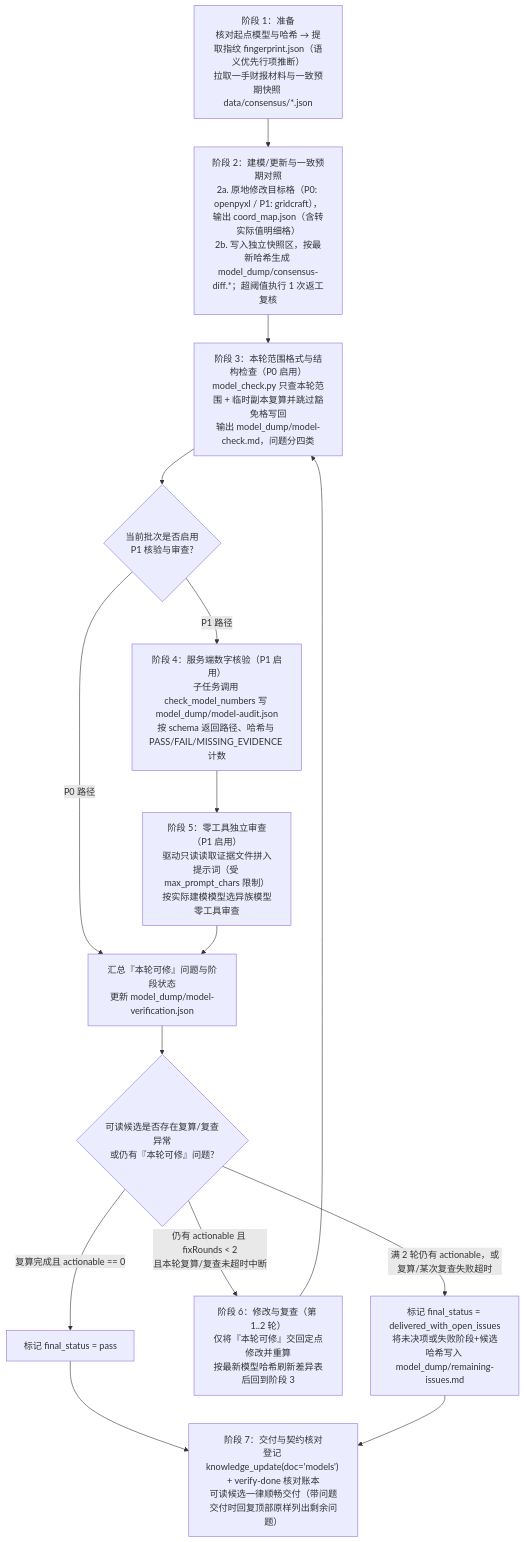
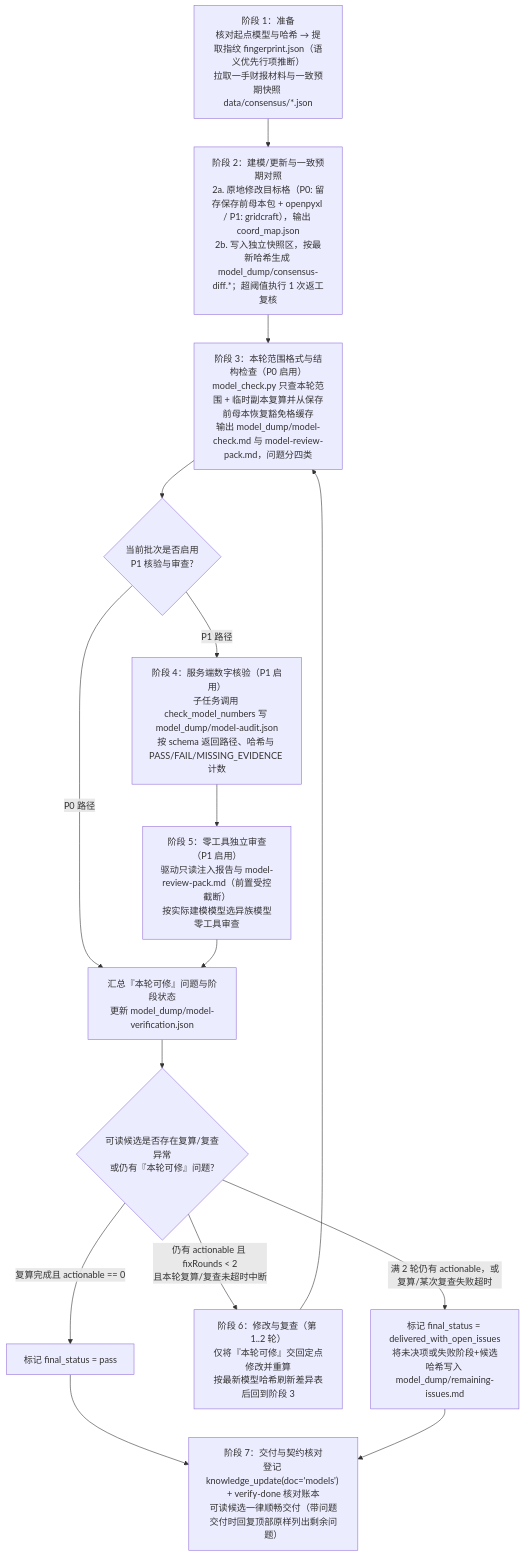
Before and after one commit to everflowinv/dalton-langalpha: the diagram in docs/dalton/features/modeling-v2.md, drawn with Mermaid. The commit also changed other lines of this file, not shown here.

````diff
--- a/docs/dalton/features/modeling-v2.md
+++ b/docs/dalton/features/modeling-v2.md
@@ -114,17 +114,17 @@
 ```mermaid
 flowchart TD
-    S1["阶段 1：准备<br/>核对起点模型与哈希 → 提取指纹 fingerprint.json（语义优先行项推断）<br/>拉取一手财报材料与一致预期快照 data/consensus/*.json"] --> S2["阶段 2：建模/更新与一致预期对照<br/>2a. 原地修改目标格（P0: openpyxl / P1: gridcraft），输出 coord_map.json（含转实际值明细格）<br/>2b. 写入独立快照区，按最新哈希生成 model_dump/consensus-diff.*；超阈值执行 1 次返工复核"]
-    S2 --> S3["阶段 3：本轮范围格式与结构检查（P0 启用）<br/>model_check.py 只查本轮范围 + 临时副本复算并跳过豁免格写回<br/>输出 model_dump/model-check.md，问题分四类"]
+    S1["阶段 1：准备<br/>核对起点模型与哈希 → 提取指纹 fingerprint.json（语义优先行项推断）<br/>拉取一手财报材料与一致预期快照 data/consensus/*.json"] --> S2["阶段 2：建模/更新与一致预期对照<br/>2a. 原地修改目标格（P0: 留存保存前母本包 + openpyxl / P1: gridcraft），输出 coord_map.json<br/>2b. 写入独立快照区，按最新哈希生成 model_dump/consensus-diff.*；超阈值执行 1 次返工复核"]
+    S2 --> S3["阶段 3：本轮范围格式与结构检查（P0 启用）<br/>model_check.py 只查本轮范围 + 临时副本复算并从保存前母本恢复豁免格缓存<br/>输出 model_dump/model-check.md 与 model-review-pack.md，问题分四类"]
     S3 --> P1Gate{"当前批次是否启用<br/>P1 核验与审查?"}
     P1Gate -->|"P0 路径"| Merge["汇总『本轮可修』问题与阶段状态<br/>更新 model_dump/model-verification.json"]
     P1Gate -->|"P1 路径"| S4["阶段 4：服务端数字核验（P1 启用）<br/>子任务调用 check_model_numbers 写 model_dump/model-audit.json<br/>按 schema 返回路径、哈希与 PASS/FAIL/MISSING_EVIDENCE 计数"]
-    S4 --> S5["阶段 5：零工具独立审查（P1 启用）<br/>驱动只读读取证据文件拼入提示词（受 max_prompt_chars 限制）<br/>按实际建模模型选异族模型零工具审查"]
+    S4 --> S5["阶段 5：零工具独立审查（P1 启用）<br/>驱动只读注入报告与 model-review-pack.md（前置受控截断）<br/>按实际建模模型选异族模型零工具审查"]
     S5 --> Merge
     Merge --> Judge{"可读候选是否存在复算/复查异常<br/>或仍有『本轮可修』问题?"}
     Judge -->|"复算完成且 actionable == 0"| Pass["标记 final_status = pass"]
     Judge -->|"仍有 actionable 且 fixRounds < 2<br/>且本轮复算/复查未超时中断"| S6["阶段 6：修改与复查（第 1..2 轮）<br/>仅将『本轮可修』交回定点修改并重算<br/>按最新模型哈希刷新差异表后回到阶段 3"]
     S6 --> S3
     Judge -->|"满 2 轮仍有 actionable，或复算/某次复查失败超时"| DeliverOpen["标记 final_status = delivered_with_open_issues<br/>将未决项或失败阶段+候选哈希写入 model_dump/remaining-issues.md"]
     Pass --> S7["阶段 7：交付与契约核对<br/>登记 knowledge_update(doc='models') + verify-done 核对账本<br/>可读候选一律顺畅交付（带问题交付时回复顶部原样列出剩余问题）"]
     DeliverOpen --> S7
 ```
````
